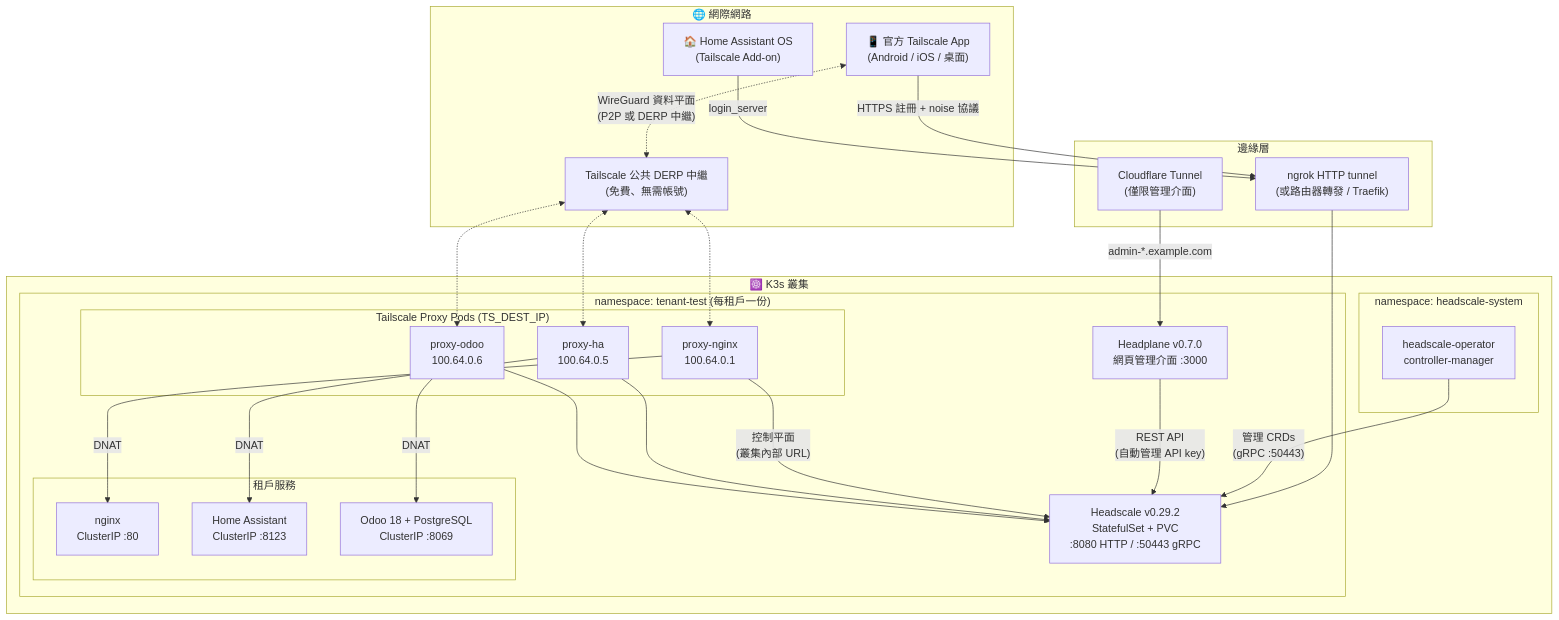
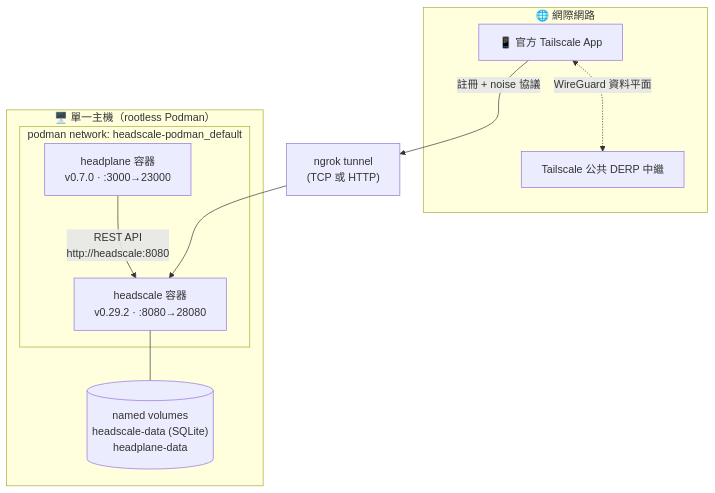
Before and after one commit to WOOWTECH/Woow_vpn_headscale_package: the diagram in README_zh-TW.md, drawn with Mermaid. The commit also changed other lines of this file and 26 other files, not shown here.

````diff
--- a/README_zh-TW.md
+++ b/README_zh-TW.md
@@ -54,51 +39,22 @@
 ```mermaid
 flowchart TB
     subgraph Internet["🌐 網際網路"]
-        Phone["📱 官方 Tailscale App<br/>(Android / iOS / 桌面)"]
-        HAOS["🏠 Home Assistant OS<br/>(Tailscale Add-on)"]
-        DERP["Tailscale 公共 DERP 中繼<br/>(免費、無需帳號)"]
+        DEV["📱 官方 Tailscale App"]
+        DERP["Tailscale 公共 DERP 中繼"]
     end
 
-    subgraph Edge["邊緣層"]
-        NGROK["ngrok HTTP tunnel<br/>(或路由器轉發 / Traefik)"]
-        CF["Cloudflare Tunnel<br/>(僅限管理介面)"]
+    subgraph Host["🖥️ 單一主機（rootless Podman）"]
+        subgraph Net["podman network: headscale-podman_default"]
+            HS["headscale 容器<br/>v0.29.2 · :8080→28080"]
+            HP["headplane 容器<br/>v0.7.0 · :3000→23000"]
+        end
+        VOL[("named volumes<br/>headscale-data (SQLite)<br/>headplane-data")]
     end
 
-    subgraph K3s["☸️ K3s 叢集"]
-        subgraph OperatorNS["namespace: headscale-system"]
-            OP["headscale-operator<br/>controller-manager"]
-        end
+    NGROK["ngrok tunnel<br/>(TCP 或 HTTP)"]
 
-        subgraph TenantNS["namespace: tenant-test (每租戶一份)"]
-            HS["Headscale v0.29.2<br/>StatefulSet + PVC<br/>:8080 HTTP / :50443 gRPC"]
-            HP["Headplane v0.7.0<br/>網頁管理介面 :3000"]
-
-            subgraph Services["租戶服務"]
-                NGINX["nginx<br/>ClusterIP :80"]
-                HA["Home Assistant<br/>ClusterIP :8123"]
-                ODOO["Odoo 18 + PostgreSQL<br/>ClusterIP :8069"]
-            end
-
-            subgraph Proxies["Tailscale Proxy Pods (TS_DEST_IP)"]
-                P1["proxy-nginx<br/>100.64.0.1"]
-                P2["proxy-ha<br/>100.64.0.5"]
-                P3["proxy-odoo<br/>100.64.0.6"]
-            end
-        end
-    end
-
-    Phone -- "HTTPS 註冊 + noise 協議" --> NGROK
-    HAOS -- "login_server" --> NGROK
-    NGROK --> HS
-    CF -- "admin-*.example.com" --> HP
-    OP -- "管理 CRDs<br/>(gRPC :50443)" --> HS
-    HP -- "REST API<br/>(自動管理 API key)" --> HS
-    P1 -- "控制平面<br/>(叢集內部 URL)" --> HS
-    P2 --> HS
-    P3 --> HS
-    P1 -- "DNAT" --> NGINX
-    P2 -- "DNAT" --> HA
-    P3 -- "DNAT" --> ODOO
-    Phone <-. "WireGuard 資料平面<br/>(P2P 或 DERP 中繼)" .-> DERP
-    DERP <-.-> P1 & P2 & P3
+    DEV -- "註冊 + noise 協議" --> NGROK --> HS
+    HP -- "REST API<br/>http://headscale:8080" --> HS
+    HS --- VOL
+    DEV <-. "WireGuard 資料平面" .-> DERP
 ```
````
